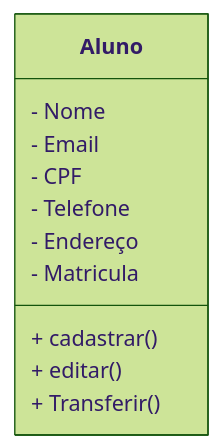
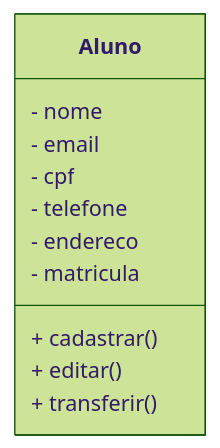
The second of 2 diagrams in readme.md (ferrazarthuralexandre34-spec/universidade), drawn with Mermaid (forest theme) before and after one commit. The commit also changed other lines of this file and 7 other files, not shown here.

````diff
--- a/readme.md
+++ b/readme.md
@@ -22,14 +20,14 @@
 ```mermaid
 classDiagram
     class Aluno{
-        - Nome
-        - Email
-        - CPF
-        - Telefone
-        - Endereço
-        - Matricula
+        - nome
+        - email
+        - cpf
+        - telefone
+        - endereco
+        - matricula
         + cadastrar()
         + editar()
-        + Transferir()
+        + transferir()
     }
 ```
````
